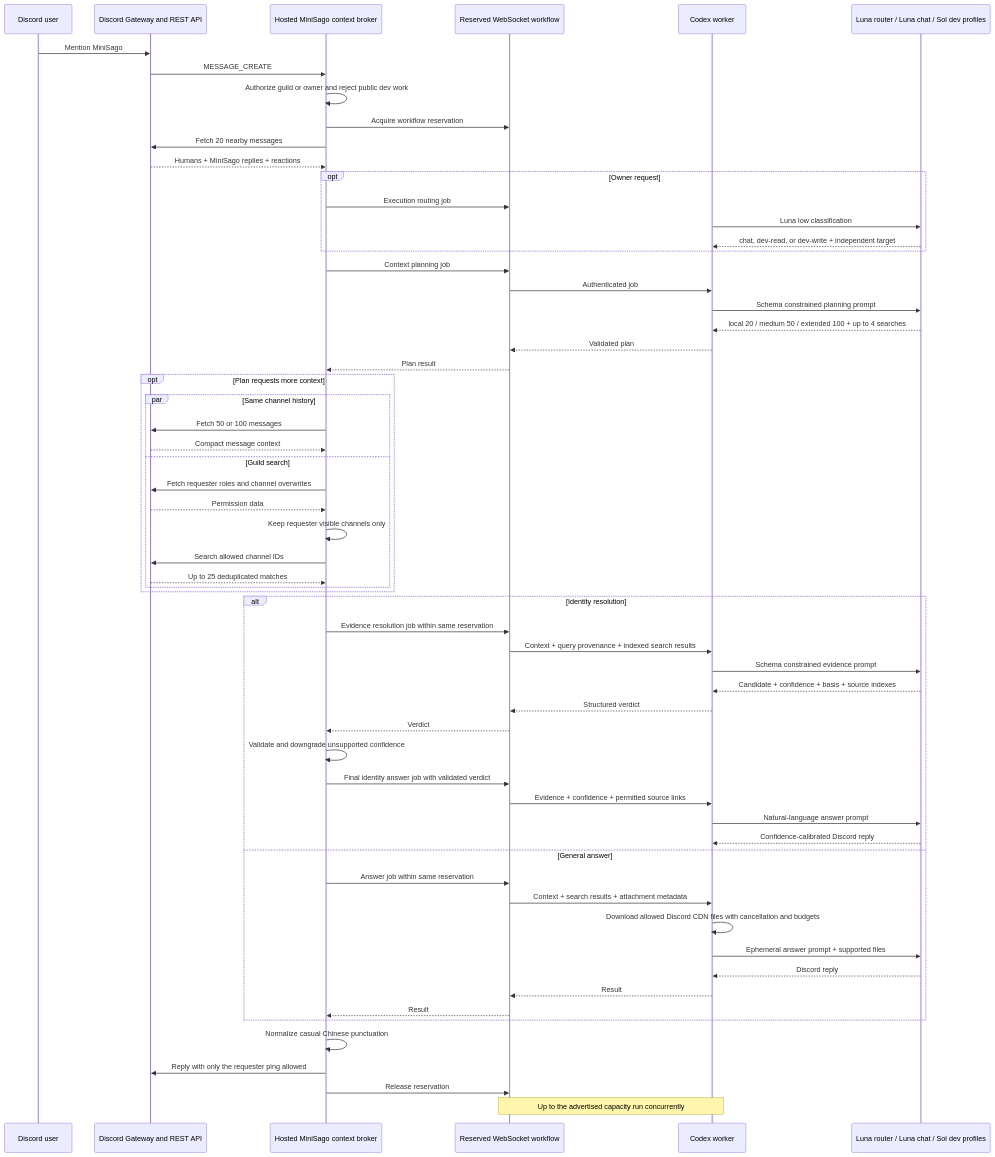
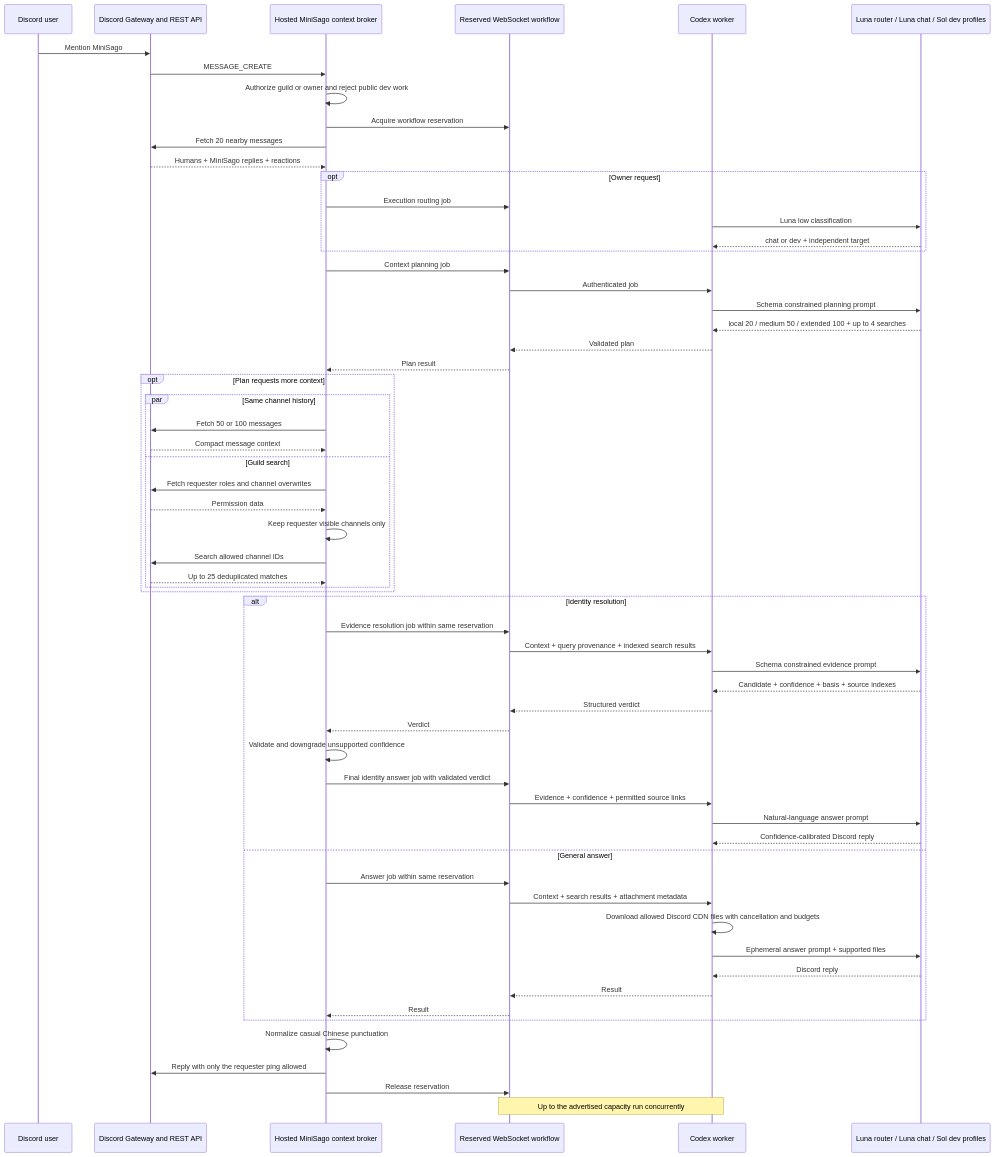
The diagram in docs/operations.md (Hsiii/mini-sago), drawn with Mermaid before and after one commit. The commit also changed other lines of this file and 20 other files, not shown here.

Commit message:
refactor(agent): unify chat and dev execution

````diff
--- a/docs/operations.md
+++ b/docs/operations.md
@@ -102,67 +102,67 @@
 ```mermaid
 sequenceDiagram
     participant U as Discord user
     participant D as Discord Gateway and REST API
     participant H as Hosted MiniSago context broker
     participant W as Reserved WebSocket workflow
     participant M as Codex worker
     participant C as Luna router / Luna chat / Sol dev profiles
 
     U->>D: Mention MiniSago
     D->>H: MESSAGE_CREATE
     H->>H: Authorize guild or owner and reject public dev work
     H->>W: Acquire workflow reservation
     H->>D: Fetch 20 nearby messages
     D-->>H: Humans + MiniSago replies + reactions
     opt Owner request
         H->>W: Execution routing job
         M->>C: Luna low classification
-        C-->>M: chat, dev-read, or dev-write + independent target
+        C-->>M: chat or dev + independent target
     end
     H->>W: Context planning job
     W->>M: Authenticated job
     M->>C: Schema constrained planning prompt
     C-->>M: local 20 / medium 50 / extended 100 + up to 4 searches
     M-->>W: Validated plan
     W-->>H: Plan result
 
     opt Plan requests more context
         par Same channel history
             H->>D: Fetch 50 or 100 messages
             D-->>H: Compact message context
         and Guild search
             H->>D: Fetch requester roles and channel overwrites
             D-->>H: Permission data
             H->>H: Keep requester visible channels only
             H->>D: Search allowed channel IDs
             D-->>H: Up to 25 deduplicated matches
         end
     end
 
     alt Identity resolution
         H->>W: Evidence resolution job within same reservation
         W->>M: Context + query provenance + indexed search results
         M->>C: Schema constrained evidence prompt
         C-->>M: Candidate + confidence + basis + source indexes
         M-->>W: Structured verdict
         W-->>H: Verdict
         H->>H: Validate and downgrade unsupported confidence
         H->>W: Final identity answer job with validated verdict
         W->>M: Evidence + confidence + permitted source links
         M->>C: Natural-language answer prompt
         C-->>M: Confidence-calibrated Discord reply
     else General answer
         H->>W: Answer job within same reservation
         W->>M: Context + search results + attachment metadata
         M->>M: Download allowed Discord CDN files with cancellation and budgets
         M->>C: Ephemeral answer prompt + supported files
         C-->>M: Discord reply
         M-->>W: Result
         W-->>H: Result
     end
     H->>H: Normalize casual Chinese punctuation
     H->>D: Reply with only the requester ping allowed
     H->>W: Release reservation
 
     Note over W,M: Up to the advertised capacity run concurrently
 ```
````
